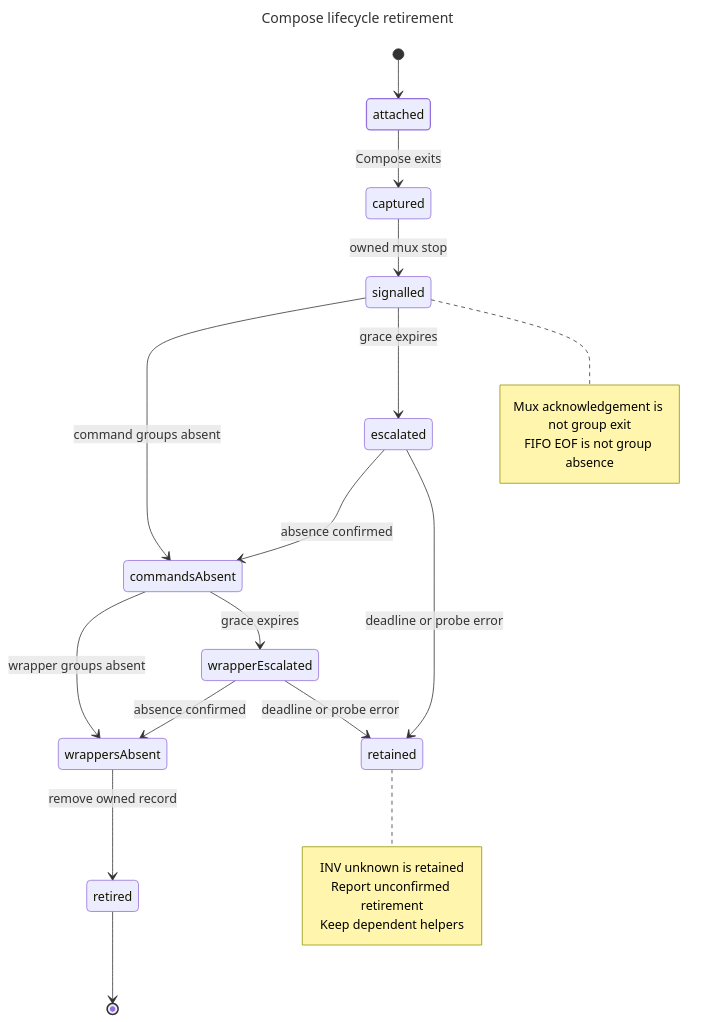
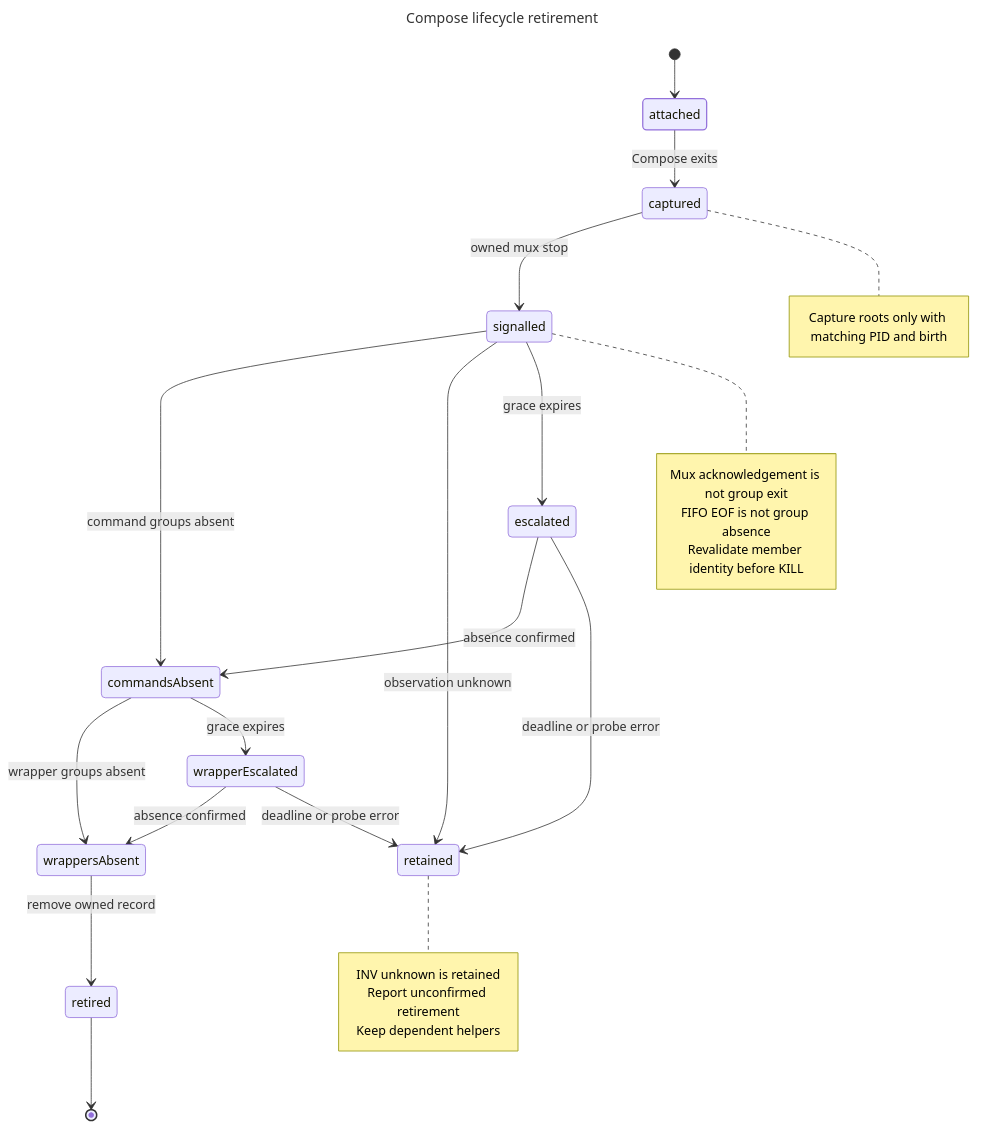
One commit to hack-dance/hack changed the diagram in docs/diagrams/compose-lifecycle-retirement.mmd. Above: the diagram before and after it, drawn with Mermaid. The commit also changed 8 other files, not shown here.

```diff
--- a/docs/diagrams/compose-lifecycle-retirement.mmd
+++ b/docs/diagrams/compose-lifecycle-retirement.mmd
@@ -1,32 +1,37 @@
 ---
 title: Compose lifecycle retirement
 ---
 stateDiagram-v2
   direction TB
   [*] --> attached
   attached --> captured : Compose exits
   captured --> signalled : owned mux stop
   signalled --> commandsAbsent : command groups absent
+  signalled --> retained : observation unknown
   signalled --> escalated : grace expires
   escalated --> commandsAbsent : absence confirmed
   escalated --> retained : deadline or probe error
   commandsAbsent --> wrappersAbsent : wrapper groups absent
   commandsAbsent --> wrapperEscalated : grace expires
   wrapperEscalated --> wrappersAbsent : absence confirmed
   wrapperEscalated --> retained : deadline or probe error
   wrappersAbsent --> retired : remove owned record
   retired --> [*]
   note right of retained
     INV unknown is retained
     Report unconfirmed retirement
     Keep dependent helpers
   end note
   note right of signalled
     Mux acknowledgement is not group exit
     FIFO EOF is not group absence
+    Revalidate member identity before KILL
+  end note
+  note right of captured
+    Capture roots only with matching PID and birth
   end note
   classDef live stroke-width:1.6px
   class attached live
   class signalled,escalated,commandsAbsent,wrapperEscalated wait
   class wrappersAbsent,retired ok
   class retained fail
```
